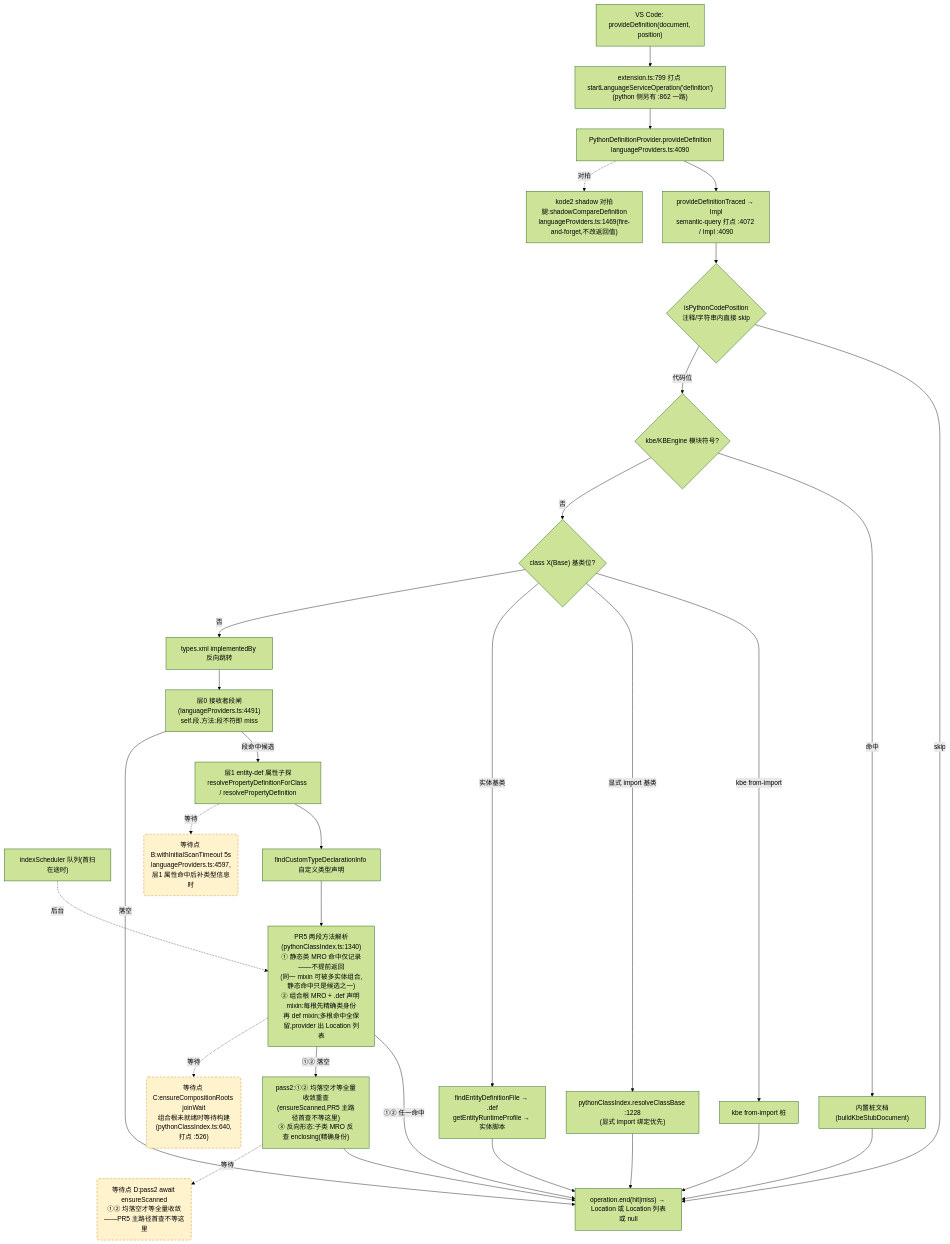
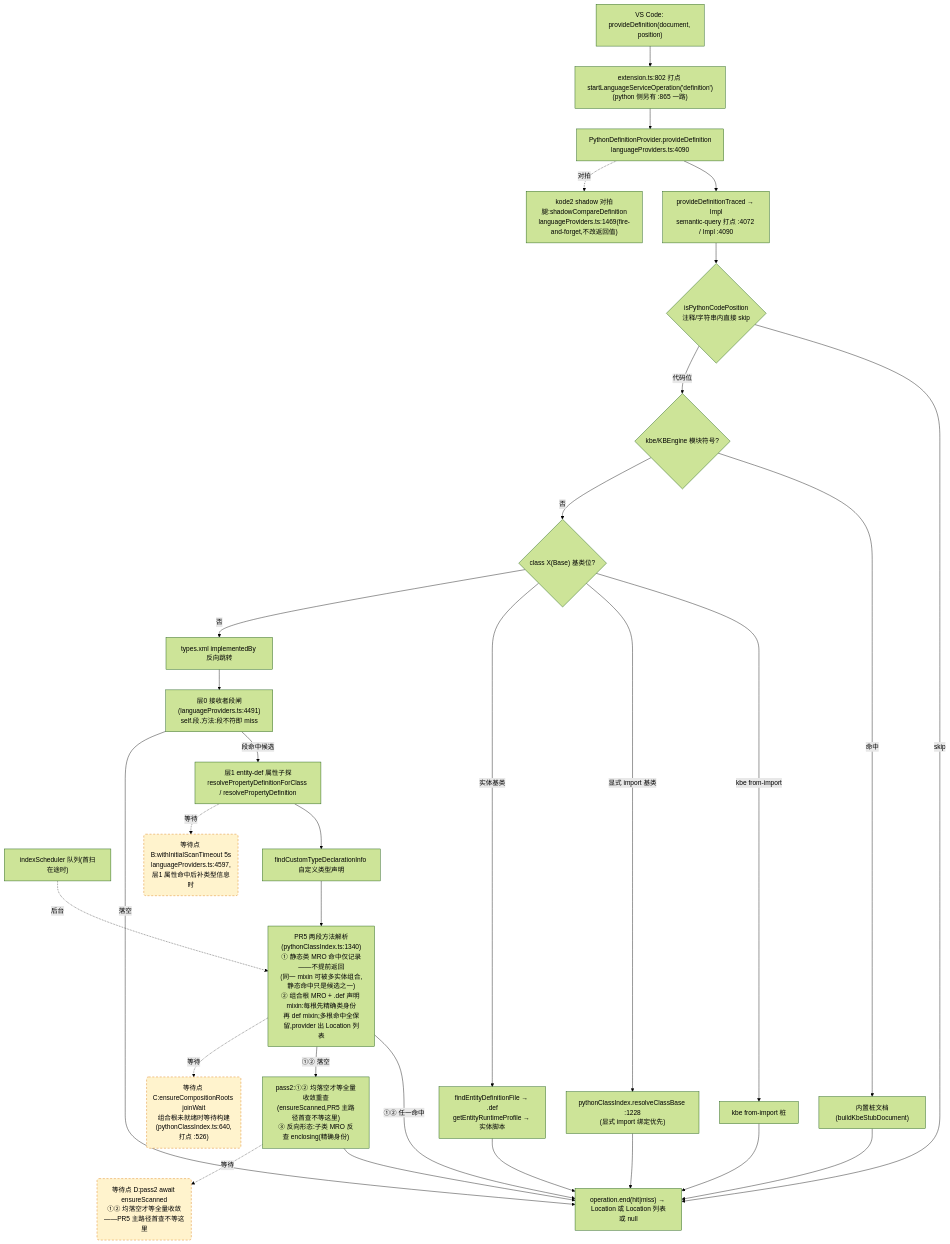
The second of 4 diagrams in docs/perf/2026-baseline.md (cuihairu/kode), drawn with Mermaid (forest theme) before and after one commit. The commit also changed other lines of this file and 5 other files, not shown here.

````diff
--- a/docs/perf/2026-baseline.md
+++ b/docs/perf/2026-baseline.md
@@ -130,51 +130,51 @@
 ```mermaid
 flowchart TD
   VC2["VS Code: provideDefinition(document, position)"]
-  M2["extension.ts:799 打点 startLanguageServiceOperation('definition')<br/>(python 侧另有 :862 一路)"]
+  M2["extension.ts:802 打点 startLanguageServiceOperation('definition')<br/>(python 侧另有 :865 一路)"]
   AD2["PythonDefinitionProvider.provideDefinition<br/>languageProviders.ts:4090"]
   TR["provideDefinitionTraced → Impl<br/>semantic-query 打点 :4072 / Impl :4090"]
   CTX{"isPythonCodePosition<br/>注释/字符串内直接 skip"}
   KBE{"kbe/KBEngine 模块符号?"}
   STUB["内置桩文档(buildKbeStubDocument)"]
   CB{"class X(Base) 基类位?"}
   CB1["kbe from-import 桩"]
   CB2["pythonClassIndex.resolveClassBase :1228<br/>(显式 import 绑定优先)"]
   CB3["findEntityDefinitionFile → .def<br/>getEntityRuntimeProfile → 实体脚本"]
   REV["types.xml implementedBy 反向跳转"]
   L0["层0 接收者段闸(languageProviders.ts:4491)<br/>self.段.方法:段不符即 miss"]
   L1["层1 entity-def 属性子探<br/>resolvePropertyDefinitionForClass / resolvePropertyDefinition"]
   SCAN["indexScheduler 队列(首扫在途时)"]
   TY["findCustomTypeDeclarationInfo 自定义类型声明"]
   MRO["PR5 两段方法解析(pythonClassIndex.ts:1340)<br/>① 静态类 MRO 命中仅记录——不提前返回<br/>(同一 mixin 可被多实体组合,静态命中只是候选之一)<br/>② 组合根 MRO + .def 声明 mixin:每根先精确类身份<br/>再 def mixin;多根命中全保留,provider 出 Location 列表"]
   PASS2["pass2:①② 均落空才等全量收敛重查<br/>(ensureScanned,PR5 主路径首查不等这里)<br/>③ 反向形态:子类 MRO 反查 enclosing(精确身份)"]
   SHD["kode2 shadow 对拍腿:shadowCompareDefinition<br/>languageProviders.ts:1469(fire-and-forget,不改返回值)"]
   END2["operation.end(hit|miss) → Location 或 Location 列表或 null"]
 
   VC2 --> M2 --> AD2 --> TR --> CTX
   CTX -- "skip" --> END2
   CTX -- "代码位" --> KBE
   KBE -- "命中" --> STUB --> END2
   KBE -- "否" --> CB
   CB -- "kbe from-import" --> CB1 --> END2
   CB -- "显式 import 基类" --> CB2 --> END2
   CB -- "实体基类" --> CB3 --> END2
   CB -- "否" --> REV --> L0
   L0 -- "段命中候选" --> L1
   L0 -- "落空" --> END2
   L1 --> TY
   TY --> MRO
   MRO -- "①② 任一命中" --> END2
   MRO -- "①② 落空" --> PASS2 --> END2
   AD2 -.->|对拍| SHD
 
   WAITB("等待点 B:withInitialScanTimeout 5s<br/>languageProviders.ts:4597,层1 属性命中后补类型信息时")
   WAITC("等待点 C:ensureCompositionRoots joinWait<br/>组合根未就绪时等待构建(pythonClassIndex.ts:640,打点 :526)")
   WAITD("等待点 D:pass2 await ensureScanned<br/>①② 均落空才等全量收敛——PR5 主路径首查不等这里")
   L1 -.->|等待| WAITB
   MRO -.->|等待| WAITC
   PASS2 -.->|等待| WAITD
   SCAN -.->|后台| MRO
 
   classDef waitPoint fill:#fff3cd,stroke:#d97706,stroke-dasharray:5 4;
   class WAITB,WAITC,WAITD waitPoint;
 ```
````
